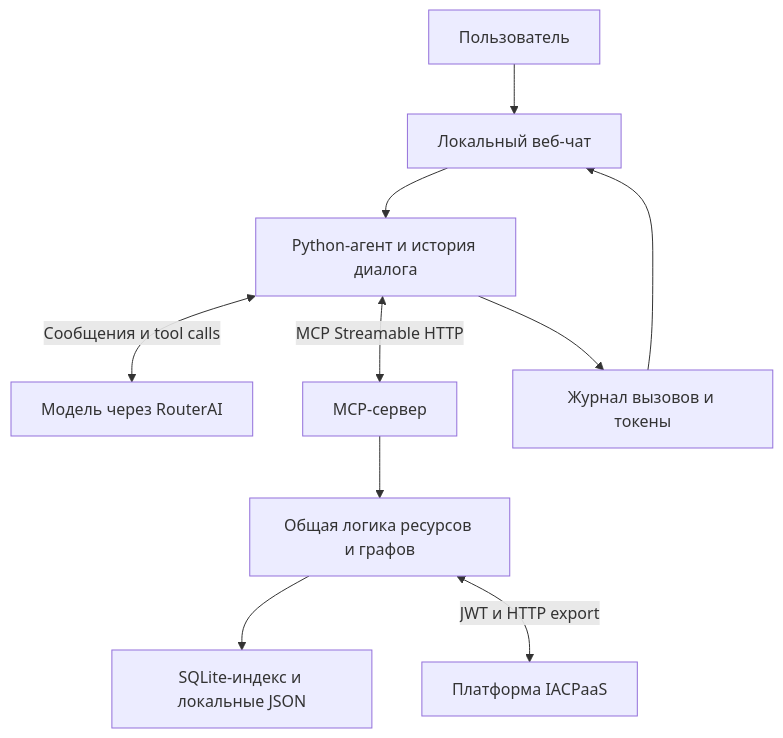
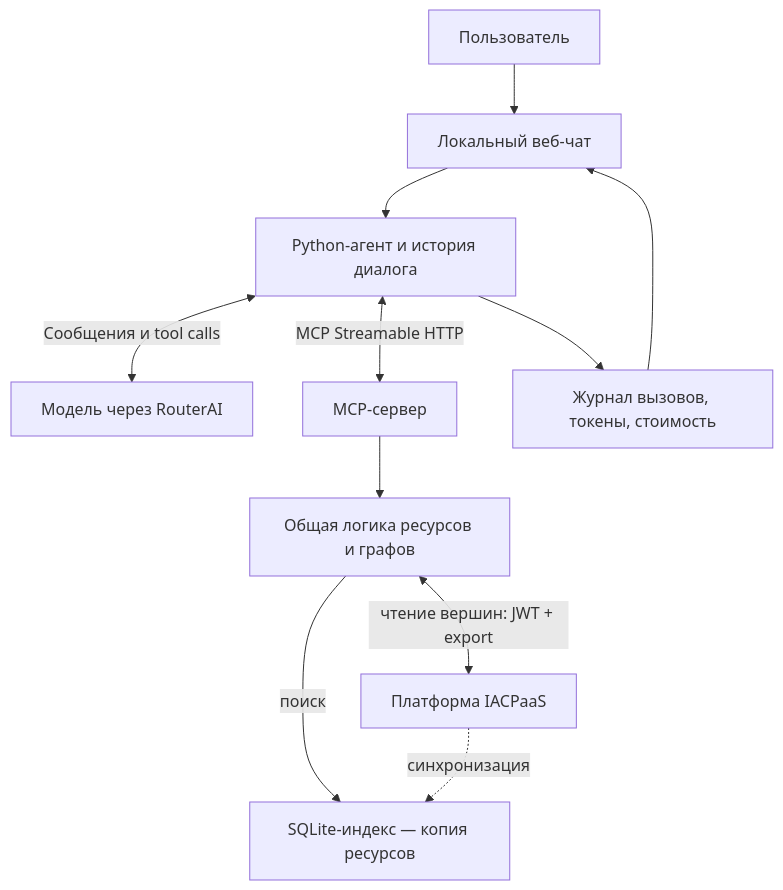
Before and after one commit to Ser4ey/iacpaas-mcp-agent-chat: the diagram in docs/architecture.md, drawn with Mermaid. The commit also changed other lines of this file and 6 other files, not shown here.

````diff
--- a/docs/architecture.md
+++ b/docs/architecture.md
@@ -7,12 +7,13 @@
 ```mermaid
 flowchart TD
     U[Пользователь] --> W[Локальный веб-чат]
     W --> A[Python-агент и история диалога]
     A <-->|Сообщения и tool calls| L[Модель через RouterAI]
     A <-->|MCP Streamable HTTP| M[MCP-сервер]
     M --> D[Общая логика ресурсов и графов]
-    D --> I[SQLite-индекс и локальные JSON]
-    D <-->|JWT и HTTP export| P[Платформа IACPaaS]
-    A --> T[Журнал вызовов и токены]
+    D -->|поиск| I[SQLite-индекс — копия ресурсов]
+    D <-->|чтение вершин: JWT + export| P[Платформа IACPaaS]
+    P -.->|синхронизация| I
+    A --> T[Журнал вызовов, токены, стоимость]
     T --> W
 ```
````
